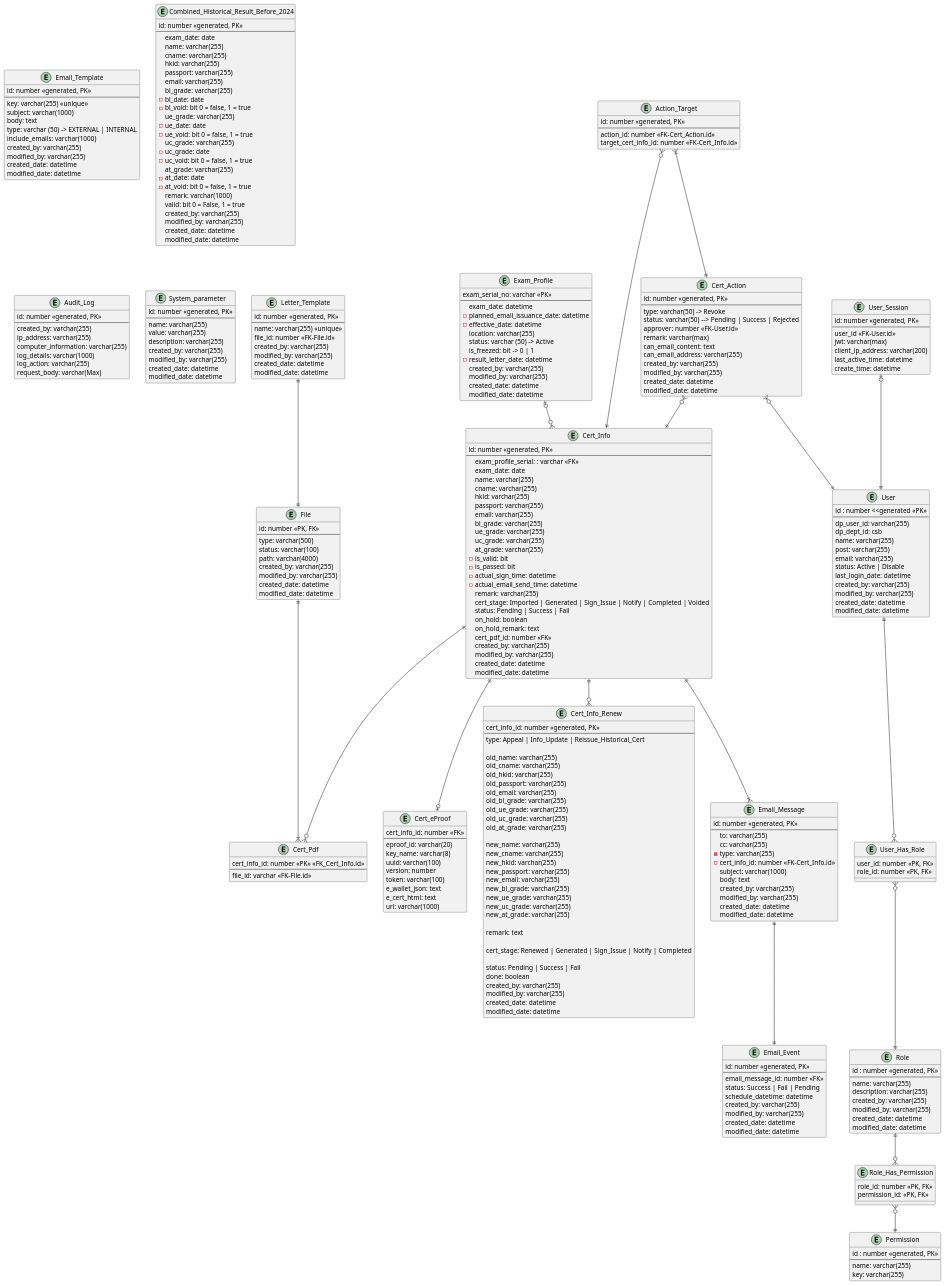
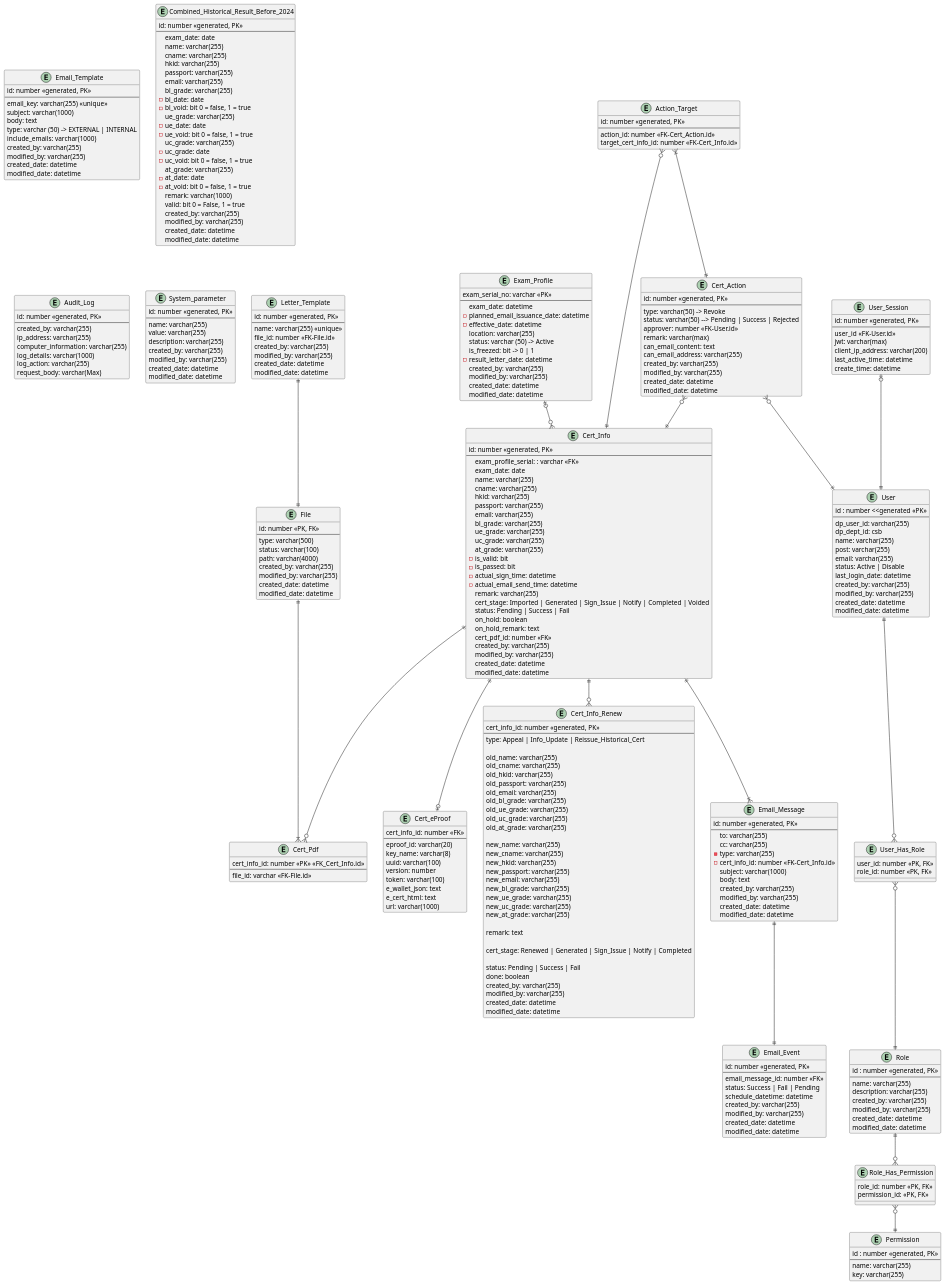
Before and after one commit to igsl-group/csb_eproof: the diagram in er-diagram.puml, drawn with PlantUML. The commit also changed 11 other files, not shown here.

```diff
--- a/er-diagram.puml
+++ b/er-diagram.puml
@@ -66,7 +66,7 @@
 entity "Email_Template" as email_template {
   id: number <<generated, PK>>
   --
-  key: varchar(255) <<unique>>
+  email_key: varchar(255) <<unique>>
   subject: varchar(1000)
   body: text
   type: varchar (50) -> EXTERNAL | INTERNAL
```
